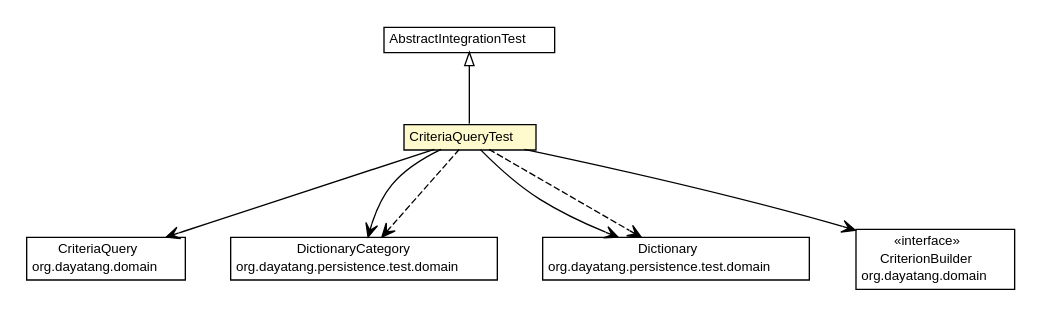
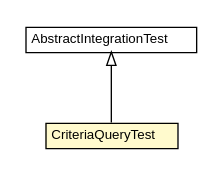
Before and after one commit to dayatang/dddlib: the diagram in dddlib-persistence/dddlib-persistence-jpa/testapidocs/org/dayatang/persistence/jpa/CriteriaQueryTest.dot, drawn with Graphviz. The commit also changed 144 other files, not shown here.

```diff
--- a/dddlib-persistence/dddlib-persistence-jpa/testapidocs/org/dayatang/persistence/jpa/CriteriaQueryTest.dot
+++ b/dddlib-persistence/dddlib-persistence-jpa/testapidocs/org/dayatang/persistence/jpa/CriteriaQueryTest.dot
@@ -1,67 +1,26 @@
 #!/usr/local/bin/dot
 #
 # Class diagram 
 # Generated by UMLGraph version R5_6_6-8-g8d7759 (http://www.umlgraph.org/)
 #
 
 digraph G {
 	edge [fontname="Helvetica",fontsize=10,labelfontname="Helvetica",labelfontsize=10];
 	node [fontname="Helvetica",fontsize=10,shape=plaintext];
 	nodesep=0.25;
 	ranksep=0.5;
 	// org.dayatang.persistence.jpa.CriteriaQueryTest
-	c47 [label=<<table title="org.dayatang.persistence.jpa.CriteriaQueryTest" border="0" cellborder="1" cellspacing="0" cellpadding="2" port="p" bgcolor="lemonChiffon" href="./CriteriaQueryTest.html">
+	c27 [label=<<table title="org.dayatang.persistence.jpa.CriteriaQueryTest" border="0" cellborder="1" cellspacing="0" cellpadding="2" port="p" bgcolor="lemonChiffon" href="./CriteriaQueryTest.html">
 		<tr><td><table border="0" cellspacing="0" cellpadding="1">
 <tr><td align="center" balign="center"> CriteriaQueryTest </td></tr>
 		</table></td></tr>
 		</table>>, URL="./CriteriaQueryTest.html", fontname="Helvetica", fontcolor="black", fontsize=10.0];
 	// org.dayatang.persistence.jpa.AbstractIntegrationTest
-	c49 [label=<<table title="org.dayatang.persistence.jpa.AbstractIntegrationTest" border="0" cellborder="1" cellspacing="0" cellpadding="2" port="p" href="./AbstractIntegrationTest.html">
+	c29 [label=<<table title="org.dayatang.persistence.jpa.AbstractIntegrationTest" border="0" cellborder="1" cellspacing="0" cellpadding="2" port="p" href="./AbstractIntegrationTest.html">
 		<tr><td><table border="0" cellspacing="0" cellpadding="1">
 <tr><td align="center" balign="center"> AbstractIntegrationTest </td></tr>
 		</table></td></tr>
 		</table>>, URL="./AbstractIntegrationTest.html", fontname="Helvetica", fontcolor="black", fontsize=10.0];
 	//org.dayatang.persistence.jpa.CriteriaQueryTest extends org.dayatang.persistence.jpa.AbstractIntegrationTest
-	c49:p -> c47:p [dir=back,arrowtail=empty];
-	// org.dayatang.persistence.jpa.CriteriaQueryTest NAVASSOC org.dayatang.domain.CriteriaQuery
-	c47:p -> c50:p [taillabel="", label=" "headlabel="", fontname="Helvetica", fontcolor="black", fontsize=10.0, color="black", arrowhead=open];
-	// org.dayatang.persistence.jpa.CriteriaQueryTest NAVASSOC org.dayatang.persistence.test.domain.DictionaryCategory
-	c47:p -> c51:p [taillabel="", label=" "headlabel="", fontname="Helvetica", fontcolor="black", fontsize=10.0, color="black", arrowhead=open];
-	// org.dayatang.persistence.jpa.CriteriaQueryTest NAVASSOC org.dayatang.persistence.test.domain.Dictionary
-	c47:p -> c52:p [taillabel="", label=" "headlabel="", fontname="Helvetica", fontcolor="black", fontsize=10.0, color="black", arrowhead=open];
-	// org.dayatang.persistence.jpa.CriteriaQueryTest NAVASSOC org.dayatang.domain.CriterionBuilder
-	c47:p -> c53:p [taillabel="", label=" "headlabel="", fontname="Helvetica", fontcolor="black", fontsize=10.0, color="black", arrowhead=open];
-	// org.dayatang.persistence.jpa.CriteriaQueryTest DEPEND org.dayatang.persistence.test.domain.Dictionary
-	c47:p -> c52:p [taillabel="", label=" "headlabel="", fontname="Helvetica", fontcolor="black", fontsize=10.0, color="black", arrowhead=open, style=dashed];
-	// org.dayatang.persistence.jpa.CriteriaQueryTest DEPEND org.dayatang.persistence.test.domain.DictionaryCategory
-	c47:p -> c51:p [taillabel="", label=" "headlabel="", fontname="Helvetica", fontcolor="black", fontsize=10.0, color="black", arrowhead=open, style=dashed];
-	// org.dayatang.persistence.test.domain.Dictionary
-	c52 [label=<<table title="org.dayatang.persistence.test.domain.Dictionary" border="0" cellborder="1" cellspacing="0" cellpadding="2" port="p" href="http://java.sun.com/j2se/1.4.2/docs/api/org/dayatang/persistence/test/domain/Dictionary.html">
-		<tr><td><table border="0" cellspacing="0" cellpadding="1">
-<tr><td align="center" balign="center"> Dictionary </td></tr>
-<tr><td align="center" balign="center"> org.dayatang.persistence.test.domain </td></tr>
-		</table></td></tr>
-		</table>>, URL="http://java.sun.com/j2se/1.4.2/docs/api/org/dayatang/persistence/test/domain/Dictionary.html", fontname="Helvetica", fontcolor="black", fontsize=10.0];
-	// org.dayatang.domain.CriteriaQuery
-	c50 [label=<<table title="org.dayatang.domain.CriteriaQuery" border="0" cellborder="1" cellspacing="0" cellpadding="2" port="p" href="http://java.sun.com/j2se/1.4.2/docs/api/org/dayatang/domain/CriteriaQuery.html">
-		<tr><td><table border="0" cellspacing="0" cellpadding="1">
-<tr><td align="center" balign="center"> CriteriaQuery </td></tr>
-<tr><td align="center" balign="center"> org.dayatang.domain </td></tr>
-		</table></td></tr>
-		</table>>, URL="http://java.sun.com/j2se/1.4.2/docs/api/org/dayatang/domain/CriteriaQuery.html", fontname="Helvetica", fontcolor="black", fontsize=10.0];
-	// org.dayatang.domain.CriterionBuilder
-	c53 [label=<<table title="org.dayatang.domain.CriterionBuilder" border="0" cellborder="1" cellspacing="0" cellpadding="2" port="p" href="http://java.sun.com/j2se/1.4.2/docs/api/org/dayatang/domain/CriterionBuilder.html">
-		<tr><td><table border="0" cellspacing="0" cellpadding="1">
-<tr><td align="center" balign="center"> &#171;interface&#187; </td></tr>
-<tr><td align="center" balign="center"> CriterionBuilder </td></tr>
-<tr><td align="center" balign="center"> org.dayatang.domain </td></tr>
-		</table></td></tr>
-		</table>>, URL="http://java.sun.com/j2se/1.4.2/docs/api/org/dayatang/domain/CriterionBuilder.html", fontname="Helvetica", fontcolor="black", fontsize=10.0];
-	// org.dayatang.persistence.test.domain.DictionaryCategory
-	c51 [label=<<table title="org.dayatang.persistence.test.domain.DictionaryCategory" border="0" cellborder="1" cellspacing="0" cellpadding="2" port="p" href="http://java.sun.com/j2se/1.4.2/docs/api/org/dayatang/persistence/test/domain/DictionaryCategory.html">
-		<tr><td><table border="0" cellspacing="0" cellpadding="1">
-<tr><td align="center" balign="center"> DictionaryCategory </td></tr>
-<tr><td align="center" balign="center"> org.dayatang.persistence.test.domain </td></tr>
-		</table></td></tr>
-		</table>>, URL="http://java.sun.com/j2se/1.4.2/docs/api/org/dayatang/persistence/test/domain/DictionaryCategory.html", fontname="Helvetica", fontcolor="black", fontsize=10.0];
+	c29:p -> c27:p [dir=back,arrowtail=empty];
 }
```
